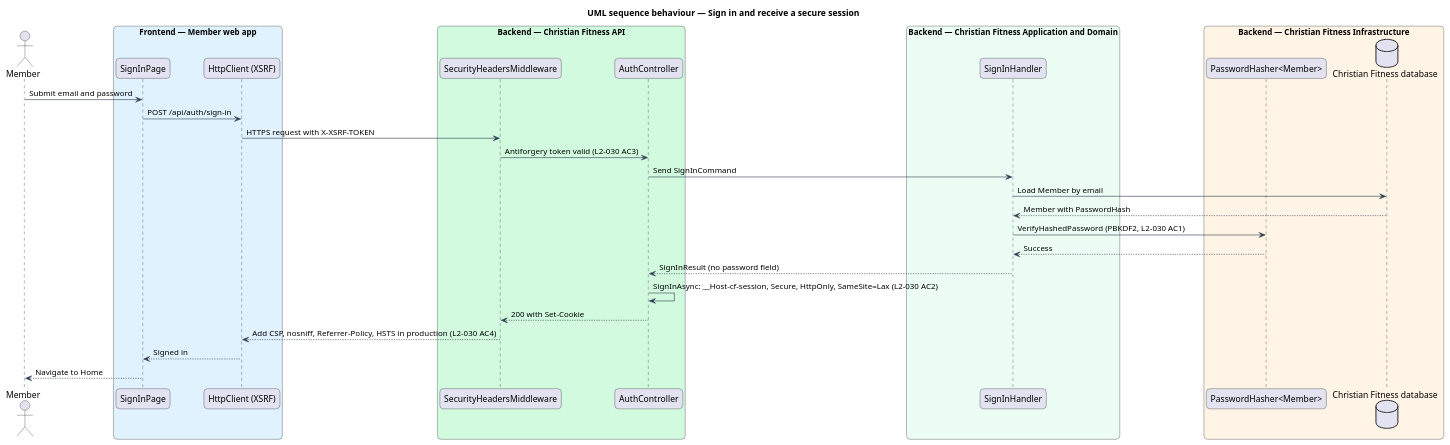
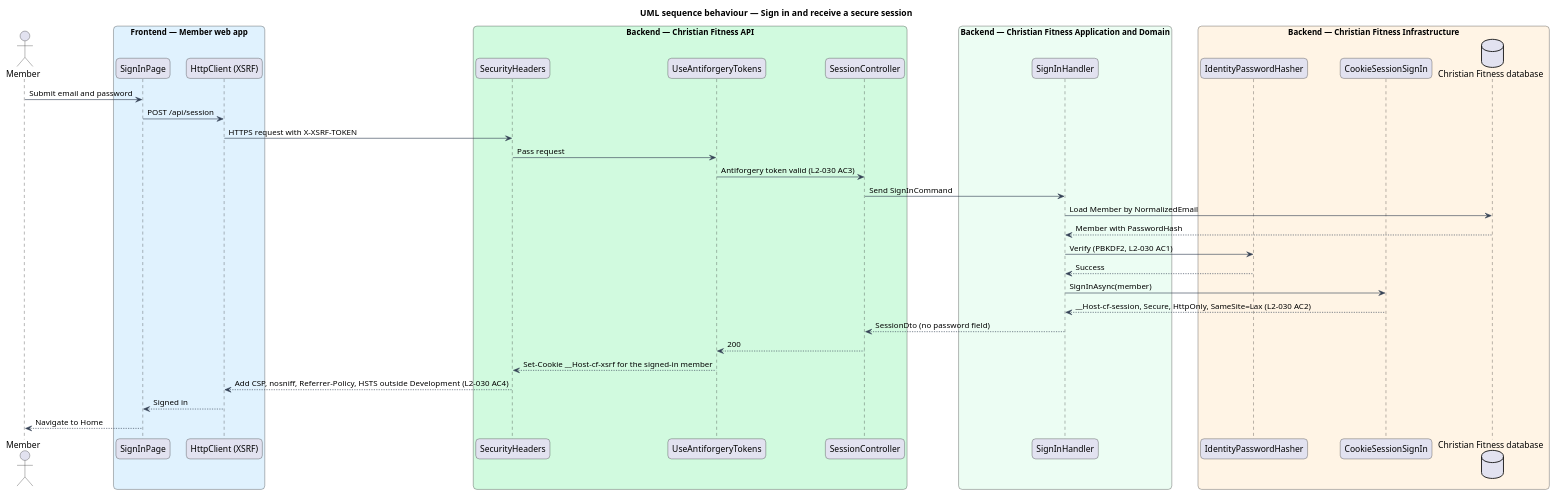
Before and after one commit to QuinntyneBrown/christian-fitness: the diagram in docs/detailed-designs/security/secure-sessions/diagrams/sequence-sign-in-cookie.puml, drawn with PlantUML. The commit also changed 193 other files, not shown here.

```diff
--- a/docs/detailed-designs/security/secure-sessions/diagrams/sequence-sign-in-cookie.puml
+++ b/docs/detailed-designs/security/secure-sessions/diagrams/sequence-sign-in-cookie.puml
@@ -1,48 +1,53 @@
 @startuml
 title UML sequence behaviour — Sign in and receive a secure session
 skinparam backgroundColor #FFFFFF
 skinparam shadowing false
 skinparam roundcorner 12
 skinparam defaultFontName Arial
 skinparam ArrowColor #344054
 skinparam rectangle {
   BorderColor #344054
   FontColor #101828
 }
 skinparam package {
   BorderColor #667085
   FontColor #101828
   BackgroundColor #F9FAFB
 }
 actor "Member" as actor
 box "Frontend — Member web app" #E0F2FE
   participant "SignInPage" as page
   participant "HttpClient (XSRF)" as http
 end box
 box "Backend — Christian Fitness API" #D1FADF
-  participant "SecurityHeadersMiddleware" as hdr
-  participant "AuthController" as ctrl
+  participant "SecurityHeaders" as hdr
+  participant "UseAntiforgeryTokens" as tok
+  participant "SessionController" as ctrl
 end box
 box "Backend — Christian Fitness Application and Domain" #ECFDF3
   participant "SignInHandler" as h
 end box
 box "Backend — Christian Fitness Infrastructure" #FFF4E5
-  participant "PasswordHasher<Member>" as hash
+  participant "IdentityPasswordHasher" as hash
+  participant "CookieSessionSignIn" as sess
   database "Christian Fitness database" as db
 end box
 actor -> page : Submit email and password
-page -> http : POST /api/auth/sign-in
+page -> http : POST /api/session
 http -> hdr : HTTPS request with X-XSRF-TOKEN
-hdr -> ctrl : Antiforgery token valid (L2-030 AC3)
+hdr -> tok : Pass request
+tok -> ctrl : Antiforgery token valid (L2-030 AC3)
 ctrl -> h : Send SignInCommand
-h -> db : Load Member by email
+h -> db : Load Member by NormalizedEmail
 db --> h : Member with PasswordHash
-h -> hash : VerifyHashedPassword (PBKDF2, L2-030 AC1)
+h -> hash : Verify (PBKDF2, L2-030 AC1)
 hash --> h : Success
-h --> ctrl : SignInResult (no password field)
-ctrl -> ctrl : SignInAsync: __Host-cf-session, Secure, HttpOnly, SameSite=Lax (L2-030 AC2)
-ctrl --> hdr : 200 with Set-Cookie
-hdr --> http : Add CSP, nosniff, Referrer-Policy, HSTS in production (L2-030 AC4)
+h -> sess : SignInAsync(member)
+sess --> h : __Host-cf-session, Secure, HttpOnly, SameSite=Lax (L2-030 AC2)
+h --> ctrl : SessionDto (no password field)
+ctrl --> tok : 200
+tok --> hdr : Set-Cookie __Host-cf-xsrf for the signed-in member
+hdr --> http : Add CSP, nosniff, Referrer-Policy, HSTS outside Development (L2-030 AC4)
 http --> page : Signed in
 page --> actor : Navigate to Home
 @enduml
```
